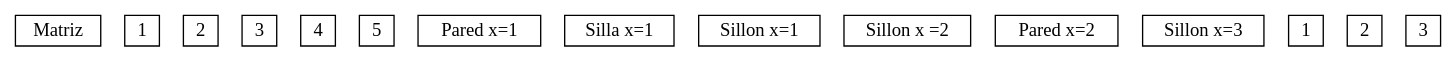
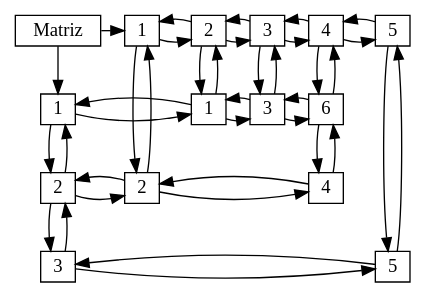
Before and after one commit to olgt/Laboratorio_EDD_201612341: the diagram in build-EDD_Proyecto_1-Desktop_Qt_5_15_0_GCC_64bit-Debug/MatrizGrafica.gv, drawn with Graphviz. The commit also changed 1042 other files, not shown here.

```diff
--- a/build-EDD_Proyecto_1-Desktop_Qt_5_15_0_GCC_64bit-Debug/MatrizGrafica.gv
+++ b/build-EDD_Proyecto_1-Desktop_Qt_5_15_0_GCC_64bit-Debug/MatrizGrafica.gv
@@ -1,31 +1,69 @@
 digraph G {
 rankdir = TB; 
 node [shape=box, width=.1, height=.1]; 
-node0 [label = "Matriz"] 
+node0 [label = "Matriz", group=0] 
 { 
-rank=same; nodeY1, nodeY2, nodeY3, nodeY4, nodeY5; 
+rank=same; node0, nodeY1, nodeY2, nodeY3, nodeY4, nodeY5; 
 } 
 { 
-rank=same; node1, node3, node6; 
+rank=same; nodeX1, node1, node3, node6; 
 } 
 { 
-rank=same; node2, node4; 
+rank=same; nodeX2, node2, node4; 
 } 
 { 
-rank=same; node5; 
+rank=same; nodeX3, node5; 
 } 
-nodeY1[label = "1"]; 
-nodeY2[label = "2"]; 
-nodeY3[label = "3"]; 
-nodeY4[label = "4"]; 
-nodeY5[label = "5"]; 
-nodeX1[label = "1"]; 
-nodeX2[label = "2"]; 
-nodeX3[label = "3"]; 
-node1[label = "Pared x=1"]; 
-node3[label = "Silla x=1"]; 
-node6[label = "Sillon x=1"]; 
-node2[label = "Sillon x =2"]; 
-node4[label = "Pared x=2"]; 
-node5[label = "Sillon x=3"]; 
+nodeY1[label = "1", group=1]; 
+nodeY2[label = "2", group=2]; 
+nodeY3[label = "3", group=3]; 
+nodeY4[label = "4", group=4]; 
+nodeY5[label = "5", group=5]; 
+nodeX1[label = "1", group=0]; 
+nodeX2[label = "2", group=0]; 
+nodeX3[label = "3", group=0]; 
+node1[label = "1", group=2]; 
+node3[label = "3", group=3]; 
+node6[label = "6", group=4]; 
+node2[label = "2", group=1]; 
+node4[label = "4", group=4]; 
+node5[label = "5", group=5]; 
+node0->nodeY1; 
+node0->nodeX1; 
+nodeY1->nodeY2;
+nodeY2->nodeY1;
+nodeY1->node2; 
+node2->nodeY1; 
+nodeY2->nodeY3;
+nodeY3->nodeY2;
+nodeY2->node1; 
+node1->nodeY2; 
+nodeY3->nodeY4;
+nodeY4->nodeY3;
+nodeY3->node3; 
+node3->nodeY3; 
+nodeY4->nodeY5;
+nodeY5->nodeY4;
+nodeY4->node6; 
+node6->nodeY4; 
+node6->node4; 
+node4->node6; 
+nodeY5->node5; 
+node5->nodeY5; 
+nodeX1->nodeX2;
+nodeX2->nodeX1;
+nodeX1->node1; 
+node1->nodeX1; 
+node1->node3; 
+node3->node1; 
+node3->node6; 
+node6->node3; 
+nodeX2->nodeX3;
+nodeX3->nodeX2;
+nodeX2->node2; 
+node2->nodeX2; 
+node2->node4; 
+node4->node2; 
+nodeX3->node5; 
+node5->nodeX3; 
 }
```
